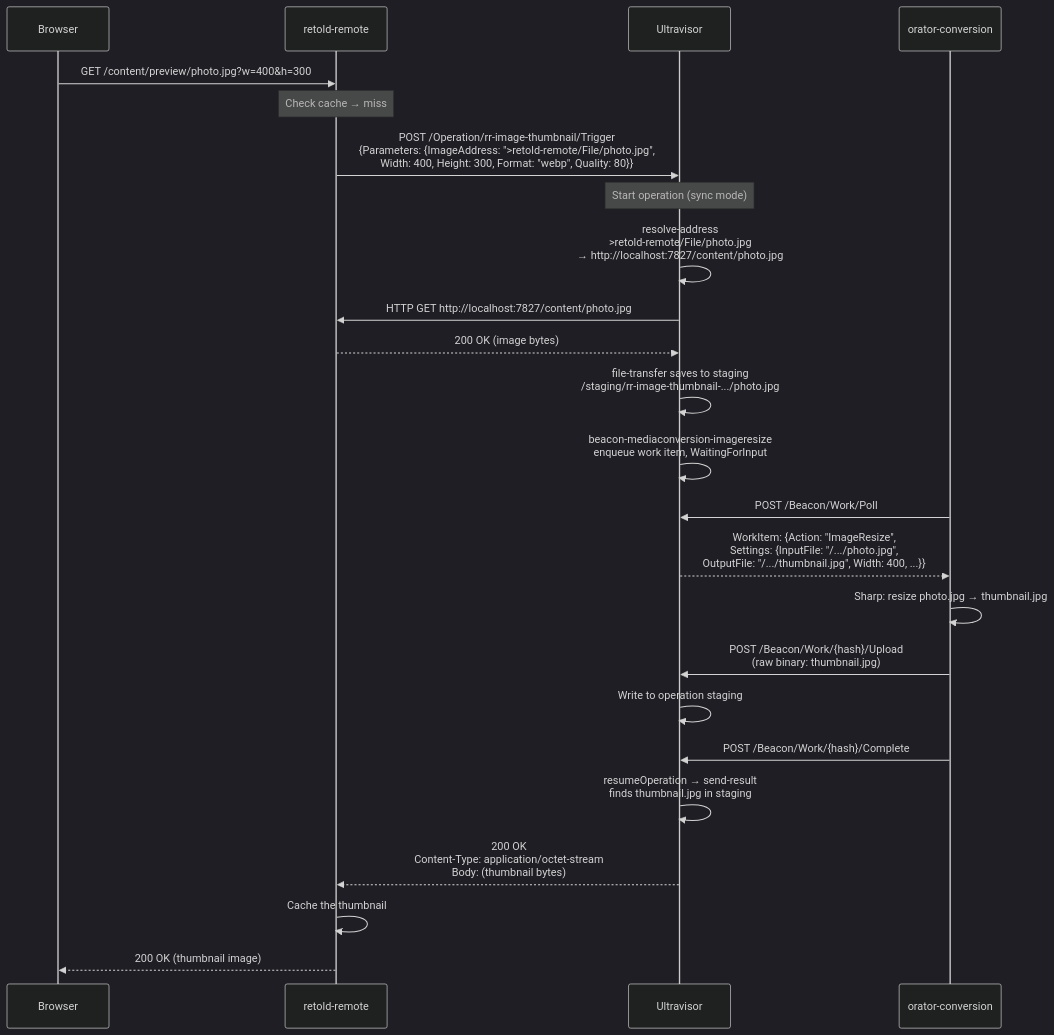
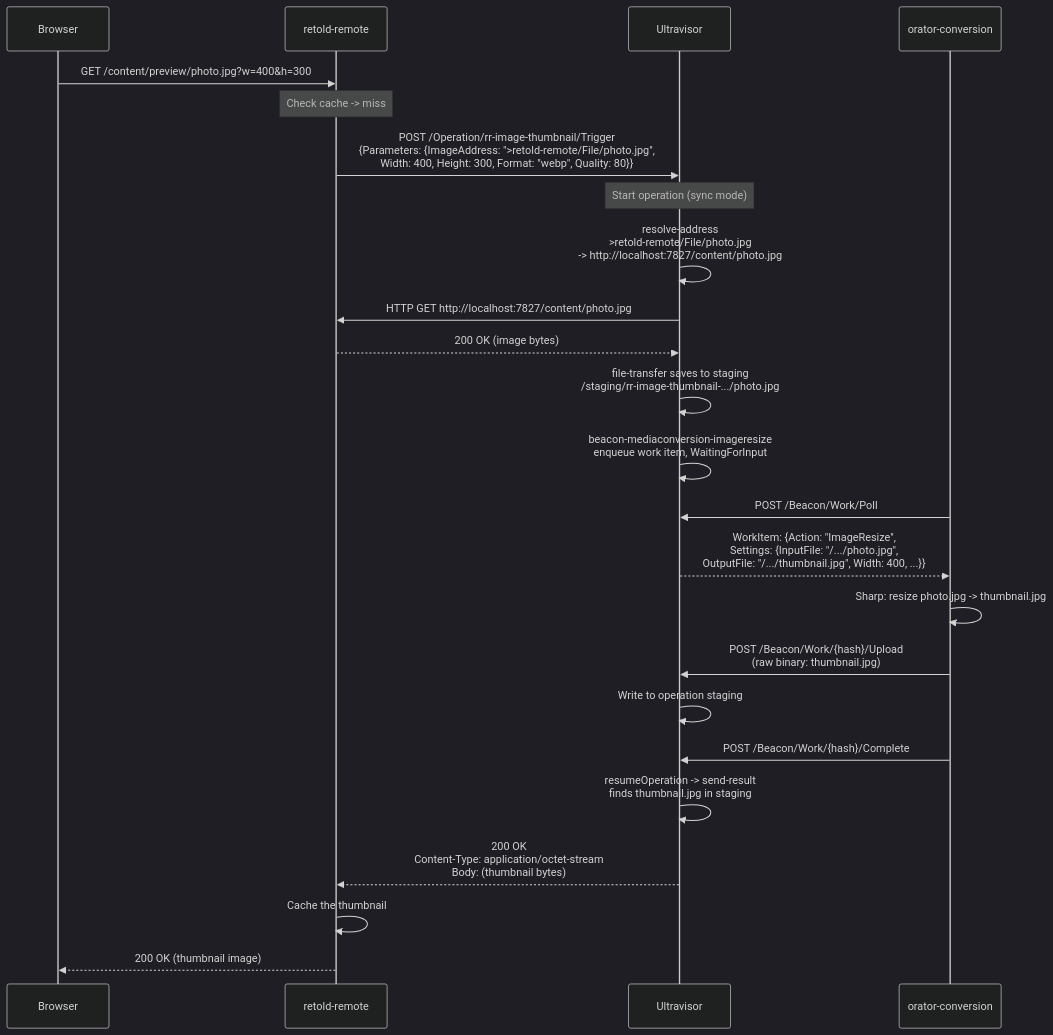
Before and after one commit to stevenvelozo/ultravisor: the fourth of 5 diagrams in docs/features/case-study-retold-remote.md, drawn with Mermaid (dark theme). The commit also changed other lines of this file and 18 other files, not shown here.

````diff
--- a/docs/features/case-study-retold-remote.md
+++ b/docs/features/case-study-retold-remote.md
@@ -113,38 +113,38 @@
 ```mermaid
 sequenceDiagram
     participant Browser
     participant RR as retold-remote
     participant UV as Ultravisor
     participant OC as orator-conversion
 
     Browser->>RR: GET /content/preview/photo.jpg?w=400&h=300
 
-    Note over RR: Check cache → miss
+    Note over RR: Check cache -> miss
 
     RR->>UV: POST /Operation/rr-image-thumbnail/Trigger<br/>{Parameters: {ImageAddress: ">retold-remote/File/photo.jpg",<br/>Width: 400, Height: 300, Format: "webp", Quality: 80}}
 
     Note over UV: Start operation (sync mode)
 
-    UV->>UV: resolve-address<br/>>retold-remote/File/photo.jpg<br/>→ http://localhost:7827/content/photo.jpg
+    UV->>UV: resolve-address<br/>>retold-remote/File/photo.jpg<br/>-> http://localhost:7827/content/photo.jpg
 
     UV->>RR: HTTP GET http://localhost:7827/content/photo.jpg
     RR-->>UV: 200 OK (image bytes)
     UV->>UV: file-transfer saves to staging<br/>/staging/rr-image-thumbnail-.../photo.jpg
 
     UV->>UV: beacon-mediaconversion-imageresize<br/>enqueue work item, WaitingForInput
 
     OC->>UV: POST /Beacon/Work/Poll
     UV-->>OC: WorkItem: {Action: "ImageResize",<br/>Settings: {InputFile: "/.../photo.jpg",<br/>OutputFile: "/.../thumbnail.jpg", Width: 400, ...}}
 
-    OC->>OC: Sharp: resize photo.jpg → thumbnail.jpg
+    OC->>OC: Sharp: resize photo.jpg -> thumbnail.jpg
     OC->>UV: POST /Beacon/Work/{hash}/Upload<br/>(raw binary: thumbnail.jpg)
     UV->>UV: Write to operation staging
 
     OC->>UV: POST /Beacon/Work/{hash}/Complete
-    UV->>UV: resumeOperation → send-result<br/>finds thumbnail.jpg in staging
+    UV->>UV: resumeOperation -> send-result<br/>finds thumbnail.jpg in staging
 
     UV-->>RR: 200 OK<br/>Content-Type: application/octet-stream<br/>Body: (thumbnail bytes)
 
     RR->>RR: Cache the thumbnail
     RR-->>Browser: 200 OK (thumbnail image)
 ```
````
